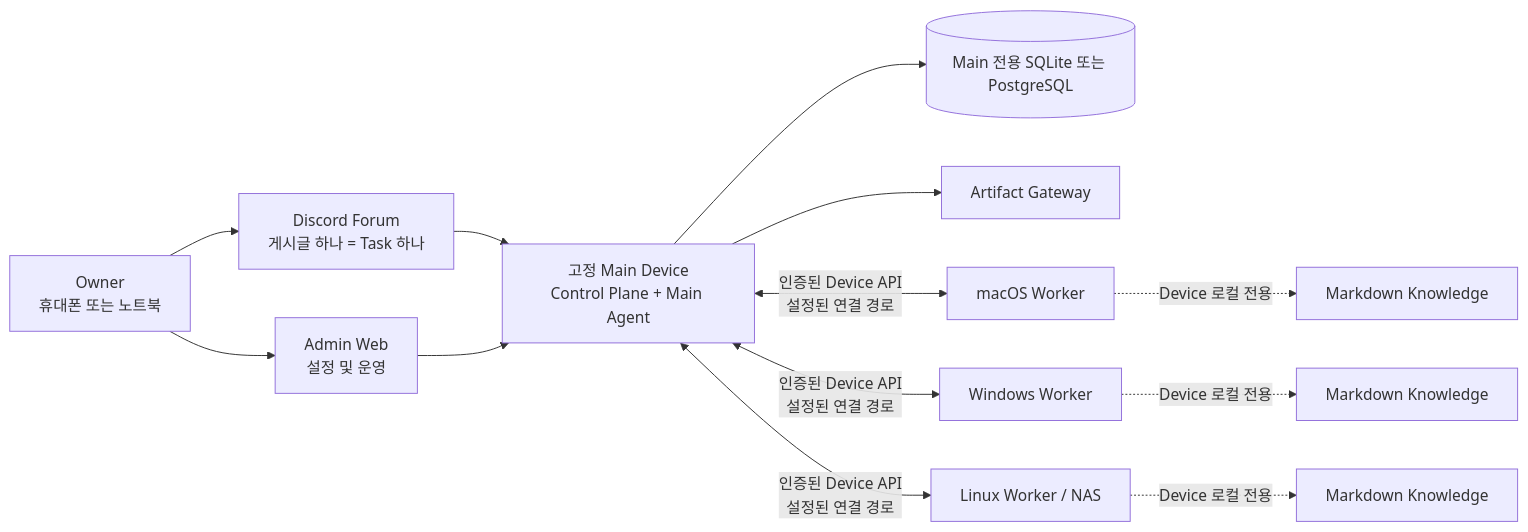
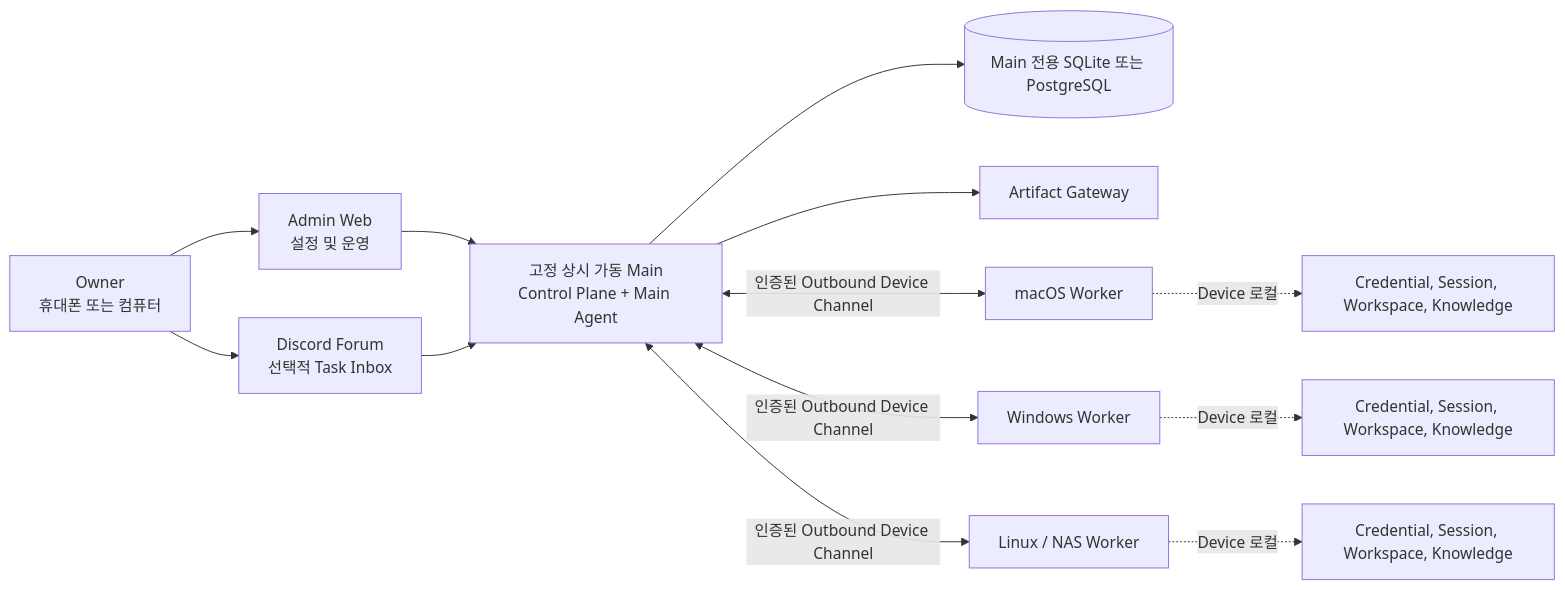
One commit to jugol/OpenDelegate changed the diagram in README.ko.md. Above: the diagram before and after it, drawn with Mermaid. The commit also changed other lines of this file and 29 other files, not shown here.

````diff
--- a/README.ko.md
+++ b/README.ko.md
@@ -119,15 +155,15 @@
 ```mermaid
 flowchart LR
-    owner["Owner<br/>휴대폰 또는 노트북"] --> discord["Discord Forum<br/>게시글 하나 = Task 하나"]
-    owner --> admin["Admin Web<br/>설정 및 운영"]
-    discord --> main["고정 Main Device<br/>Control Plane + Main Agent"]
-    admin --> main
+    owner["Owner<br/>휴대폰 또는 컴퓨터"] --> admin["Admin Web<br/>설정 및 운영"]
+    owner --> discord["Discord Forum<br/>선택적 Task Inbox"]
+    admin --> main["고정 상시 가동 Main<br/>Control Plane + Main Agent"]
+    discord --> main
     main --> database[("Main 전용 SQLite 또는 PostgreSQL")]
     main --> artifacts["Artifact Gateway"]
-    main <-->|"인증된 Device API<br/>설정된 연결 경로"| mac["macOS Worker"]
-    main <-->|"인증된 Device API<br/>설정된 연결 경로"| windows["Windows Worker"]
-    main <-->|"인증된 Device API<br/>설정된 연결 경로"| linux["Linux Worker / NAS"]
-    mac -. "Device 로컬 전용" .-> macKnowledge["Markdown Knowledge"]
-    windows -. "Device 로컬 전용" .-> windowsKnowledge["Markdown Knowledge"]
-    linux -. "Device 로컬 전용" .-> linuxKnowledge["Markdown Knowledge"]
+    main <-->|"인증된 Outbound Device Channel"| mac["macOS Worker"]
+    main <-->|"인증된 Outbound Device Channel"| windows["Windows Worker"]
+    main <-->|"인증된 Outbound Device Channel"| linux["Linux / NAS Worker"]
+    mac -. "Device 로컬" .-> macState["Credential, Session, Workspace, Knowledge"]
+    windows -. "Device 로컬" .-> winState["Credential, Session, Workspace, Knowledge"]
+    linux -. "Device 로컬" .-> linuxState["Credential, Session, Workspace, Knowledge"]
 ```
````
